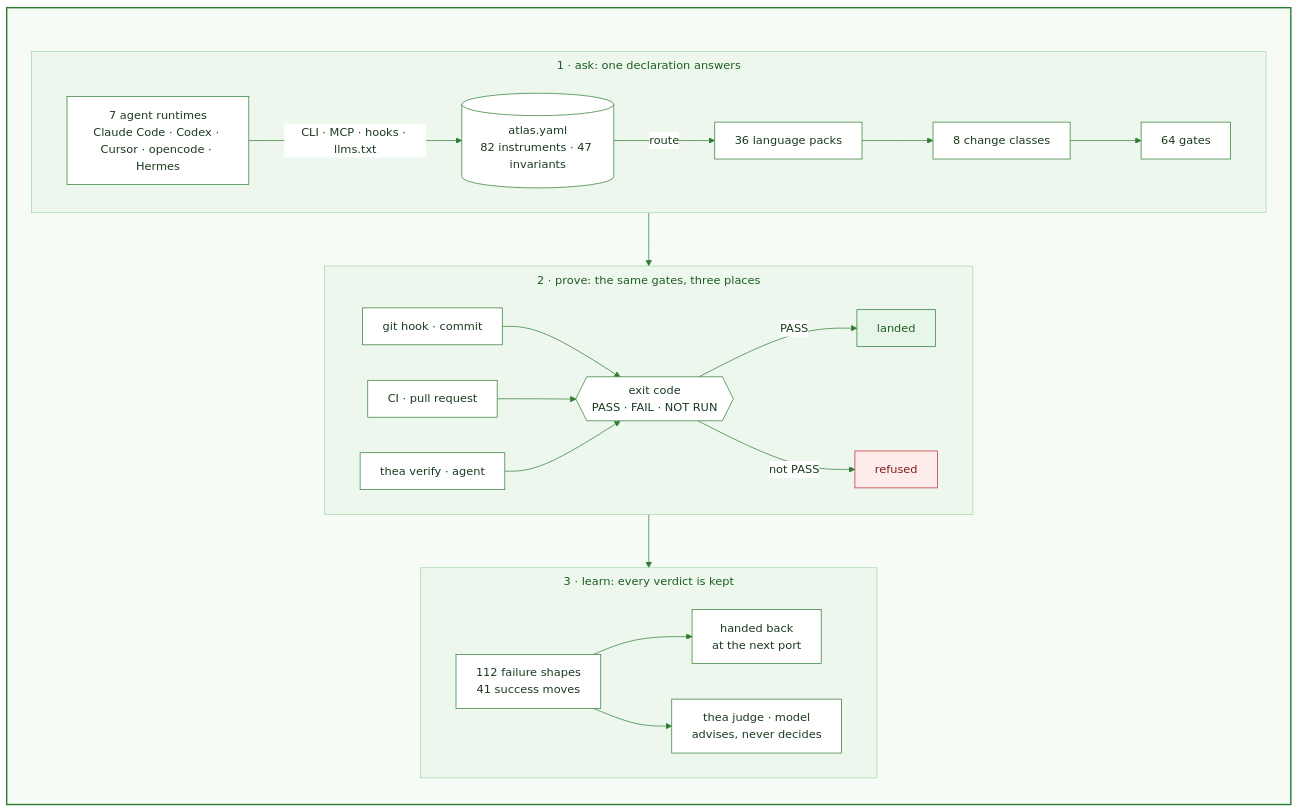
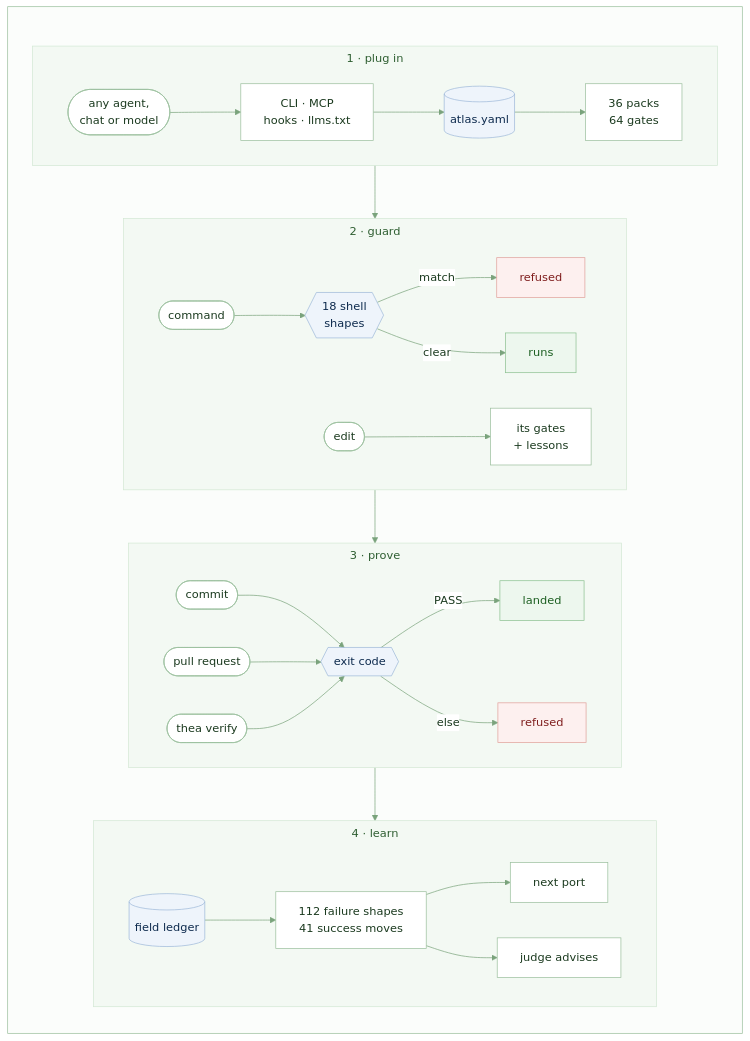
The diagram in README.md (HLIntel/Headron), drawn with Mermaid before and after one commit. The commit also changed 1 other file, not shown here.

Commit message:
README diagram: plug in, guard, prove, learn; any agent, no runtime names
Two short lines per box, one shape per role, labels only on verdict edges.
Adds the guard band (shell shapes refuse, edit hook advises) and the field
ledger. The old runtime box said 7 and named 5. Entry path 19180/19200 B.

````diff
--- a/README.md
+++ b/README.md
@@ -40,45 +40,53 @@
 ```mermaid
 ---
 config:
   theme: base
   themeVariables:
     primaryColor: "#ffffff"
-    primaryBorderColor: "#2e7d32"
+    primaryBorderColor: "#9bbf9d"
     primaryTextColor: "#1b3a1f"
-    lineColor: "#2e7d32"
-    clusterBkg: "#eef7ee"
-    clusterBorder: "#a5d6a7"
-    titleColor: "#1b5e20"
+    lineColor: "#7aa37c"
+    clusterBkg: "#f3f9f3"
+    clusterBorder: "#d3e8d4"
+    titleColor: "#2e5e31"
   flowchart:
-    subGraphTitleMargin: {top: 8, bottom: 16}
-    padding: 14
+    subGraphTitleMargin: {top: 6, bottom: 12}
+    padding: 16
 ---
 flowchart TB
   accTitle: How Thea proves a change
-  accDescr: 7 runtimes ask, atlas.yaml routes to 1 of 36 packs and 64 gates, the same gates run at commit, in CI and in thea verify, anything but PASS is refused, verdicts feed the failure and success ledgers, a trained judge only advises
+  accDescr: any agent, chat or model plugs in, each file routes to its gates, hooks guard, the same gates prove at commit, in CI and in thea verify, anything but PASS is refused, every verdict is kept
   subgraph thea [" "]
     direction TB
-    subgraph ask [1 · ask: one declaration answers]
+    subgraph ask [1 · plug in]
       direction LR
-      A[7 agent runtimes<br>Claude Code · Codex · Cursor · opencode · Hermes] -->|CLI · MCP · hooks · llms.txt| D[(atlas.yaml<br>82 instruments · 47 invariants)]
-      D -->|route| P[36 language packs] --> K[8 change classes] --> G[64 gates]
+      A([any agent,<br>chat or model]) --> I[CLI · MCP<br>hooks · llms.txt] --> D[(atlas.yaml)] --> G[36 packs<br>64 gates]
     end
-    subgraph run [2 · prove: the same gates, three places]
+    subgraph guard [2 · guard]
       direction LR
-      H[git hook · commit] & C[CI · pull request] & R[thea verify · agent] --> V{{exit code<br>PASS · FAIL · NOT RUN}}
+      S([command]) --> W{{18 shell<br>shapes}}
+      W -->|match| Y[refused]
+      W -->|clear| O[runs]
+      E([edit]) --> L[its gates<br>+ lessons]
+    end
+    subgraph run [3 · prove]
+      direction LR
+      H([commit]) & C([pull request]) & R([thea verify]) --> V{{exit code}}
       V -->|PASS| M[landed]
-      V -->|not PASS| X[refused]
+      V -->|else| X[refused]
     end
-    subgraph learn [3 · learn: every verdict is kept]
+    subgraph learn [4 · learn]
       direction LR
-      F[112 failure shapes<br>41 success moves] --> N[handed back<br>at the next port]
-      F --> J[thea judge · model<br>advises, never decides]
+      Q[(field ledger)] --> F[112 failure shapes<br>41 success moves] --> N[next port]
+      F --> J[judge advises]
     end
-    ask --> run --> learn
+    ask --> guard --> run --> learn
   end
-  style thea fill:#f6fbf6,stroke:#2e7d32,stroke-width:2px
-  classDef stop fill:#fdecea,stroke:#c62828,color:#7f1d1d
-  classDef go fill:#e8f5e9,stroke:#2e7d32,color:#1b5e20
-  class X stop
-  class M go
+  style thea fill:#fbfdfb,stroke:#9bbf9d,stroke-width:1px
+  classDef stop fill:#fdf0ef,stroke:#e0a19b,color:#7f1d1d
+  classDef go fill:#edf7ee,stroke:#8cc191,color:#1b5e20
+  classDef store fill:#eef4fb,stroke:#9db8d9,color:#0d2a4d
+  class X,Y stop
+  class M,O go
+  class D,Q,V,W store
 ```
````
